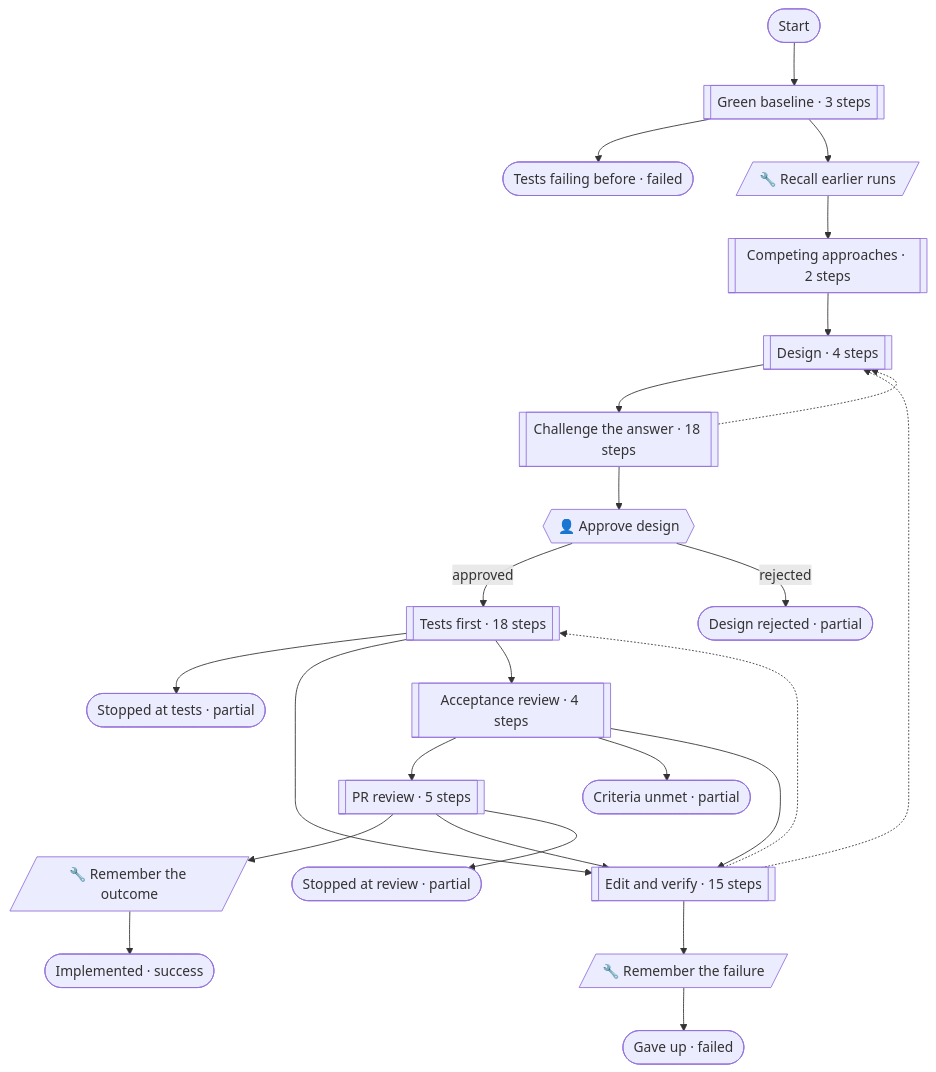
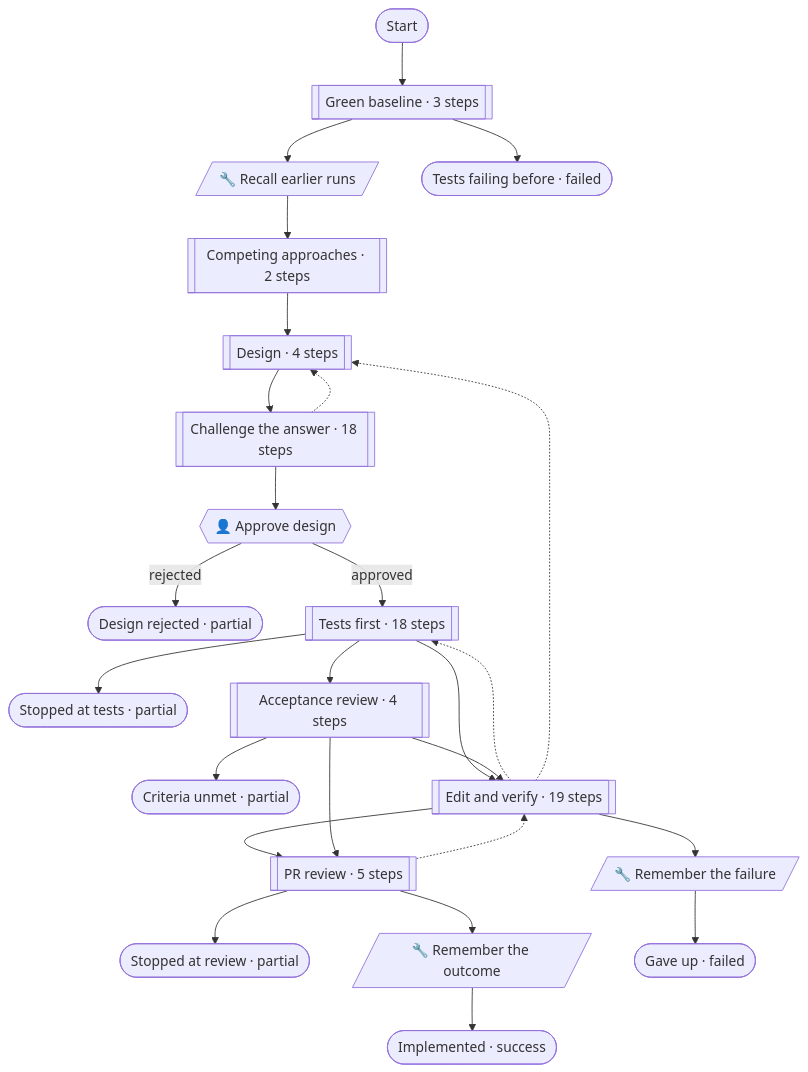
Before and after one commit to pirty6/symphony-core: the fourth of 7 diagrams in docs/patterns.md, drawn with Mermaid. The commit also changed other lines of this file and 7 other files, not shown here.

First line of the commit message:
edit and verify: one edit budget, lint only after green, re-run before ENVIRONMENT, a person on the reviewed patch

````diff
--- a/docs/patterns.md
+++ b/docs/patterns.md
@@ -288,47 +288,48 @@
 ```mermaid
 flowchart TD
   n_start(["Start"])
   n_recall[/"🔧 Recall earlier runs"/]
   n_approve{{"👤 Approve design"}}
   n_testFirstStopped(["Stopped at tests · partial"])
   n_reviewStopped(["Stopped at review · partial"])
   n_learnImplemented[/"🔧 Remember the outcome"/]
   n_learnFailed[/"🔧 Remember the failure"/]
   n_implemented(["Implemented · success"])
   n_incomplete(["Criteria unmet · partial"])
   n_gaveUp(["Gave up · failed"])
   n_notGreen(["Tests failing before · failed"])
   n_rejected(["Design rejected · partial"])
   n_baselinePhase[["Green baseline · 3 steps"]]
   n_hypothesesPhase[["Competing approaches · 2 steps"]]
   n_designPhase[["Design · 4 steps"]]
   n_challengePhase[["Challenge the answer · 18 steps"]]
   n_testFirstPhase[["Tests first · 18 steps"]]
-  n_editPhase[["Edit and verify · 15 steps"]]
+  n_editPhase[["Edit and verify · 19 steps"]]
   n_prReviewPhase[["PR review · 5 steps"]]
   n_acceptancePhase[["Acceptance review · 4 steps"]]
   n_start --> n_baselinePhase
   n_baselinePhase --> n_notGreen
   n_baselinePhase --> n_recall
   n_recall --> n_hypothesesPhase
   n_learnImplemented --> n_implemented
   n_learnFailed --> n_gaveUp
   n_hypothesesPhase --> n_designPhase
   n_designPhase --> n_challengePhase
   n_challengePhase --> n_approve
   n_challengePhase -.-> n_designPhase
   n_approve -->|"approved"| n_testFirstPhase
   n_approve -->|"rejected"| n_rejected
   n_testFirstPhase --> n_testFirstStopped
   n_testFirstPhase --> n_editPhase
   n_testFirstPhase --> n_acceptancePhase
   n_editPhase -.-> n_testFirstPhase
   n_editPhase --> n_learnFailed
+  n_editPhase --> n_prReviewPhase
   n_editPhase -.-> n_designPhase
   n_prReviewPhase --> n_learnImplemented
-  n_prReviewPhase --> n_editPhase
+  n_prReviewPhase -.-> n_editPhase
   n_prReviewPhase --> n_reviewStopped
   n_acceptancePhase --> n_prReviewPhase
   n_acceptancePhase --> n_incomplete
   n_acceptancePhase --> n_editPhase
 ```
````
